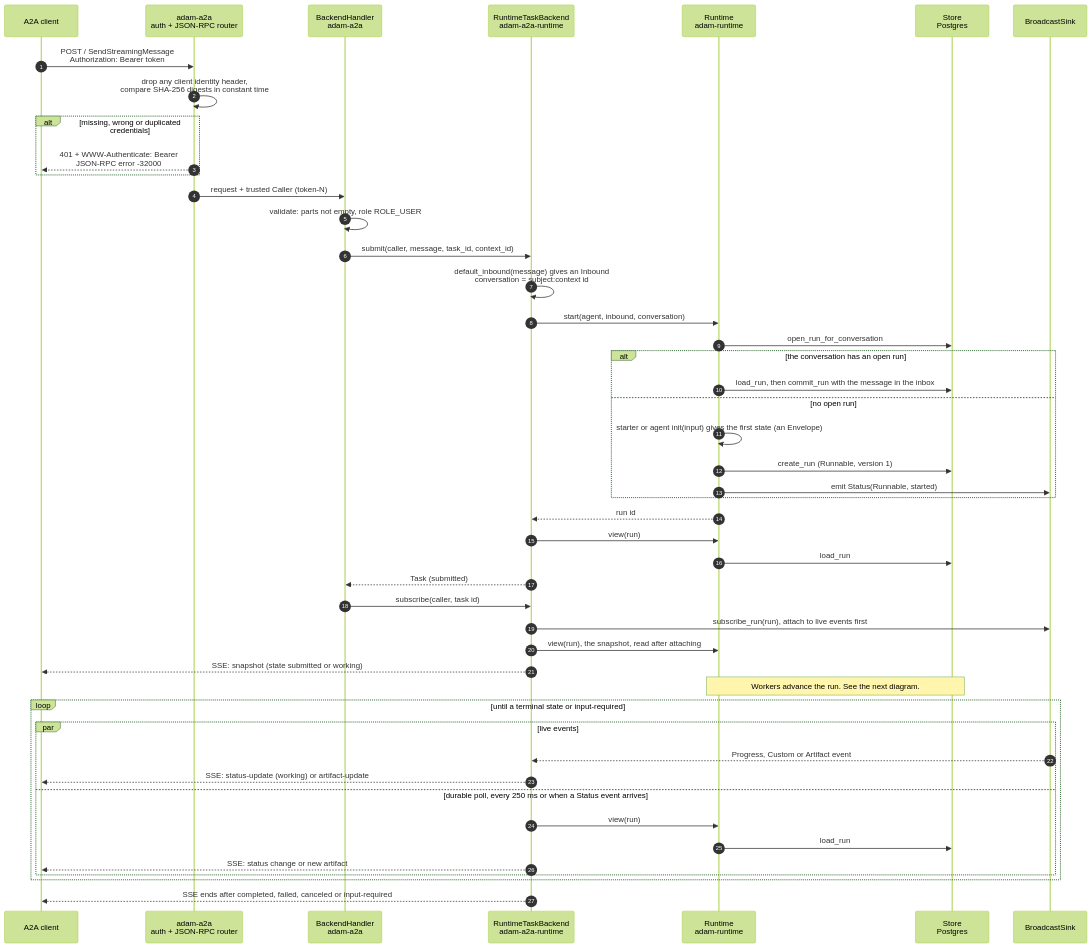
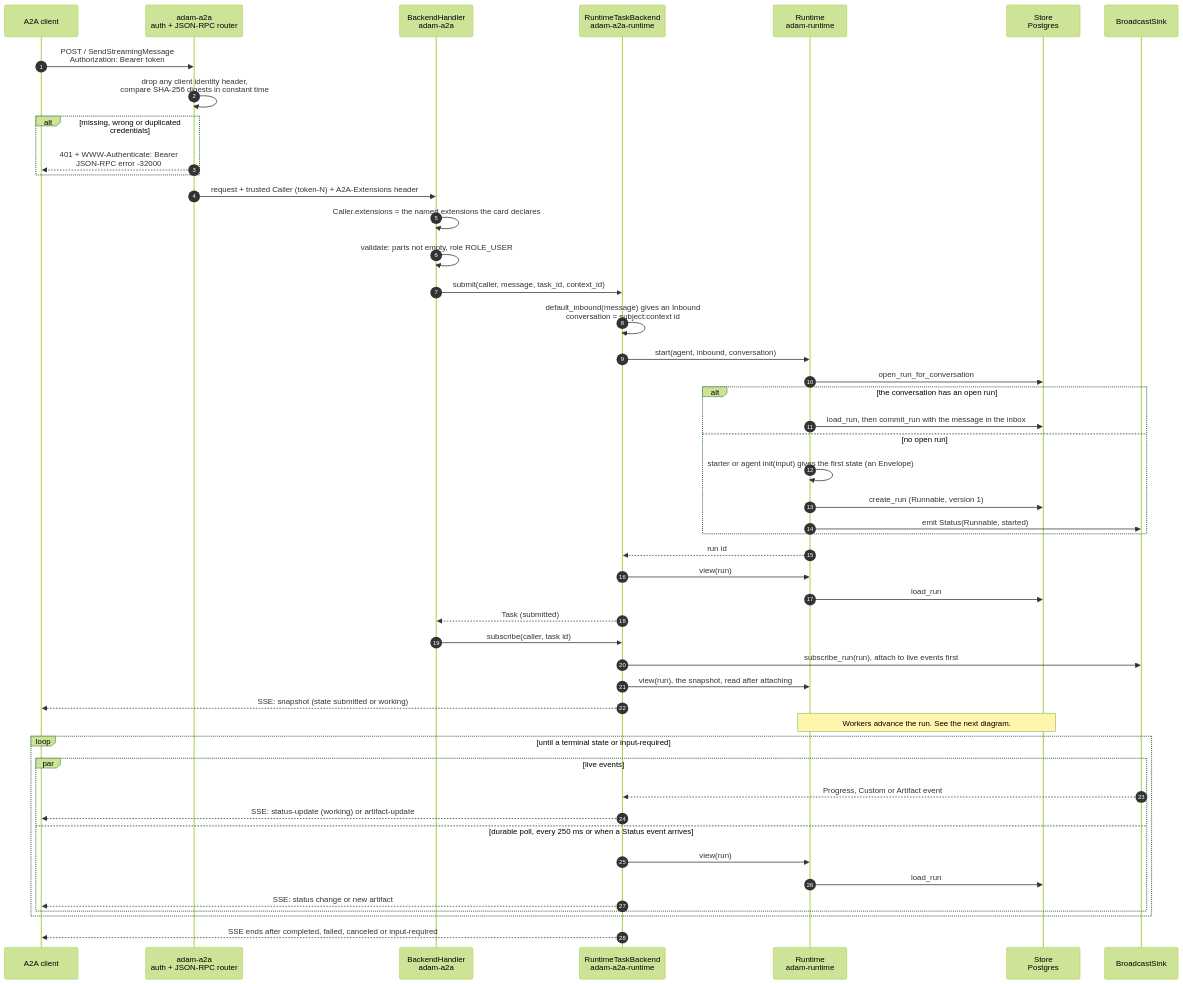
The sixth of 26 diagrams in docs/architecture.md (vymalo/another-adam-rs), drawn with Mermaid (forest theme) before and after one commit. The commit also changed other lines of this file and 53 other files, not shown here.

First line of the commit message:
feat: steps for tool calls and OpenCode's work (steps/v1); extensions a request activates reach the backend (#61)

````diff
--- a/docs/architecture.md
+++ b/docs/architecture.md
@@ -709,50 +709,51 @@
 ```mermaid
 sequenceDiagram
     autonumber
     participant C as A2A client
     participant S as adam-a2a<br/>auth + JSON-RPC router
     participant H as BackendHandler<br/>adam-a2a
     participant B as RuntimeTaskBackend<br/>adam-a2a-runtime
     participant R as Runtime<br/>adam-runtime
     participant DB as Store<br/>Postgres
     participant K as BroadcastSink
 
     C->>S: POST / SendStreamingMessage<br/>Authorization: Bearer token
     S->>S: drop any client identity header,<br/>compare SHA-256 digests in constant time
     alt missing, wrong or duplicated credentials
         S-->>C: 401 + WWW-Authenticate: Bearer<br/>JSON-RPC error -32000
     end
-    S->>H: request + trusted Caller (token-N)
+    S->>H: request + trusted Caller (token-N) + A2A-Extensions header
+    H->>H: Caller.extensions = the named extensions the card declares
     H->>H: validate: parts not empty, role ROLE_USER
     H->>B: submit(caller, message, task_id, context_id)
     B->>B: default_inbound(message) gives an Inbound<br/>conversation = subject:context id
     B->>R: start(agent, inbound, conversation)
     R->>DB: open_run_for_conversation
     alt the conversation has an open run
         R->>DB: load_run, then commit_run with the message in the inbox
     else no open run
         R->>R: starter or agent init(input) gives the first state (an Envelope)
         R->>DB: create_run (Runnable, version 1)
         R->>K: emit Status(Runnable, started)
     end
     R-->>B: run id
     B->>R: view(run)
     R->>DB: load_run
     B-->>H: Task (submitted)
     H->>B: subscribe(caller, task id)
     B->>K: subscribe_run(run), attach to live events first
     B->>R: view(run), the snapshot, read after attaching
     B-->>C: SSE: snapshot (state submitted or working)
     Note over R,DB: Workers advance the run. See the next diagram.
     loop until a terminal state or input-required
         par live events
             K-->>B: Progress, Custom or Artifact event
             B-->>C: SSE: status-update (working) or artifact-update
         and durable poll, every 250 ms or when a Status event arrives
             B->>R: view(run)
             R->>DB: load_run
             B-->>C: SSE: status change or new artifact
         end
     end
     B-->>C: SSE ends after completed, failed, canceled or input-required
 ```
````
